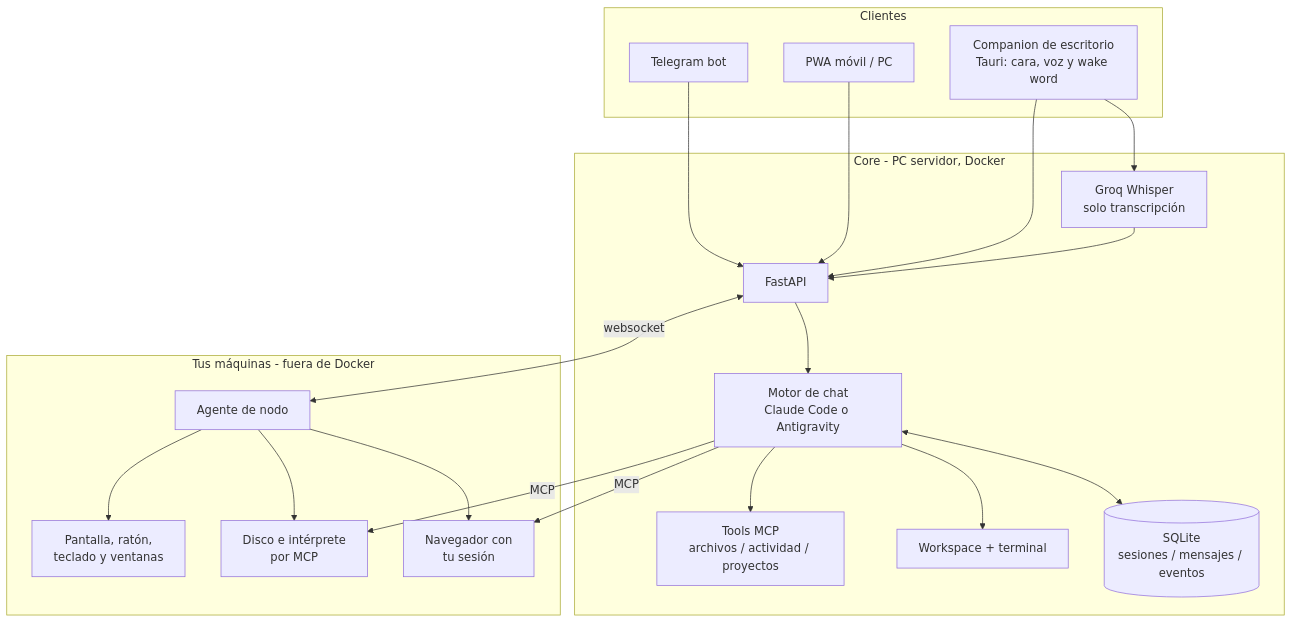
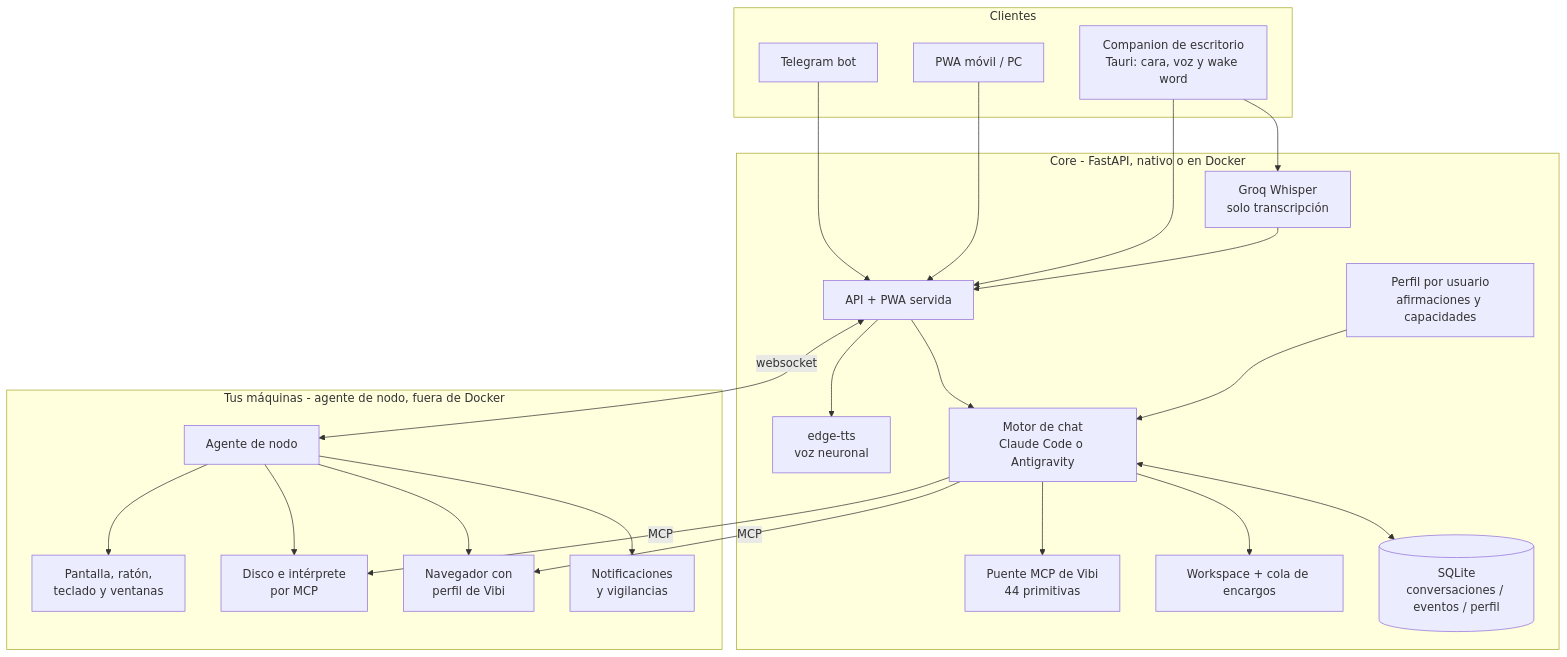
The diagram in README.md (RubenGGBC/vibi), drawn with Mermaid before and after one commit. The commit also changed other lines of this file and 1 other file, not shown here.

````diff
--- a/README.md
+++ b/README.md
@@ -14,41 +33,47 @@
 ```mermaid
 flowchart TB
     subgraph clientes [Clientes]
         TG[Telegram bot]
         PWA[PWA móvil / PC]
         COMP[Companion de escritorio\nTauri: cara, voz y wake word]
     end
 
-    subgraph core [Core - PC servidor, Docker]
-        API[FastAPI]
+    subgraph core [Core - FastAPI, nativo o en Docker]
+        API[API + PWA servida]
         STT[Groq Whisper\nsolo transcripción]
+        TTS[edge-tts\nvoz neuronal]
         MOTOR[Motor de chat\nClaude Code o Antigravity]
-        MCP[Tools MCP\narchivos / actividad / proyectos]
-        WS[Workspace + terminal]
-        DB[(SQLite\nsesiones / mensajes / eventos)]
+        MCP[Puente MCP de Vibi\n44 primitivas]
+        WS[Workspace + cola de encargos]
+        PERF[Perfil por usuario\nafirmaciones y capacidades]
+        DB[(SQLite\nconversaciones / eventos / perfil)]
     end
 
-    subgraph maquinas [Tus máquinas - fuera de Docker]
+    subgraph maquinas [Tus máquinas - agente de nodo, fuera de Docker]
         NODO[Agente de nodo]
         PANTALLA[Pantalla, ratón,\nteclado y ventanas]
         DISCO[Disco e intérprete\npor MCP]
-        NAV[Navegador con\ntu sesión]
+        NAV[Navegador con\nperfil de Vibi]
+        AVISOS[Notificaciones\ny vigilancias]
     end
 
     TG --> API
     PWA --> API
     COMP --> API
     COMP --> STT
+    API --> TTS
     STT --> API
     API --> MOTOR
+    PERF --> MOTOR
     MOTOR --> MCP
     MOTOR --> WS
     MOTOR <--> DB
     API <-->|websocket| NODO
     MOTOR -->|MCP| DISCO
     MOTOR -->|MCP| NAV
     NODO --> PANTALLA
     NODO --> DISCO
     NODO --> NAV
+    NODO --> AVISOS
     core --- DB
 ```
````
